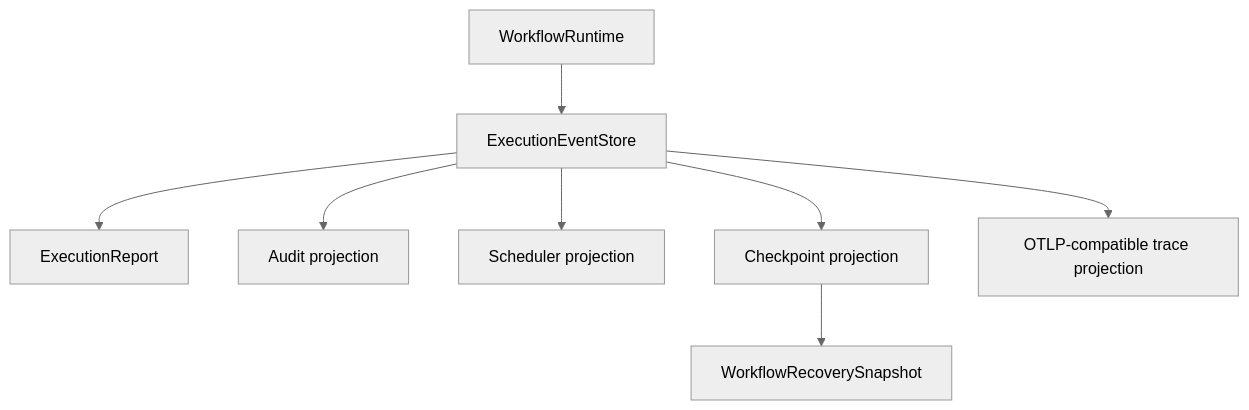
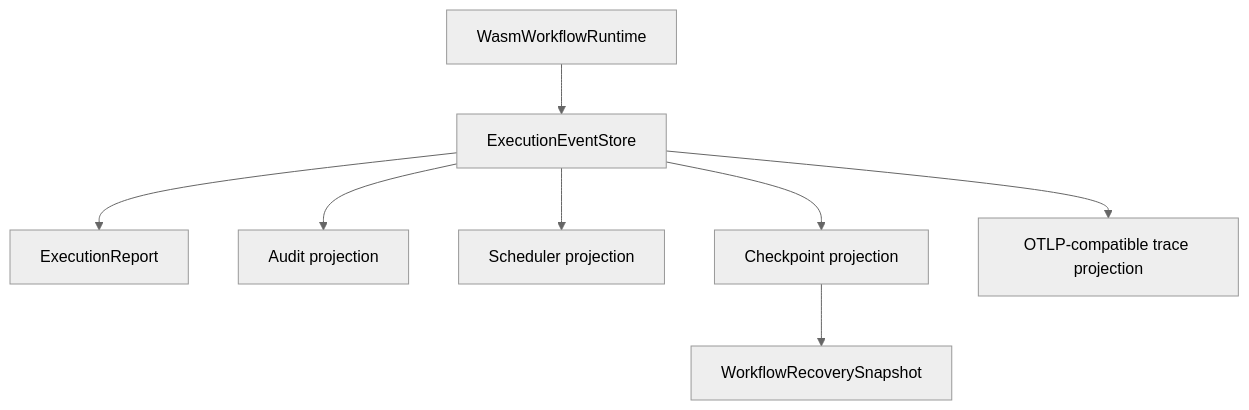
The diagram in docs/reference/user-guide-assurance.zh.md (Zzzode/AHFL), drawn with Mermaid (neutral theme) before and after one commit. The commit also changed other lines of this file and 248 other files, not shown here.

````diff
--- a/docs/reference/user-guide-assurance.zh.md
+++ b/docs/reference/user-guide-assurance.zh.md
@@ -133,10 +133,10 @@
 ```mermaid
 flowchart TB
-    Runtime[WorkflowRuntime] --> Events[ExecutionEventStore]
+    Runtime[WasmWorkflowRuntime] --> Events[ExecutionEventStore]
     Events --> Report[ExecutionReport]
     Events --> Audit[Audit projection]
     Events --> Scheduler[Scheduler projection]
     Events --> Checkpoint[Checkpoint projection]
     Checkpoint --> Recovery[WorkflowRecoverySnapshot]
     Events --> OTel[OTLP-compatible trace projection]
 ```
````
